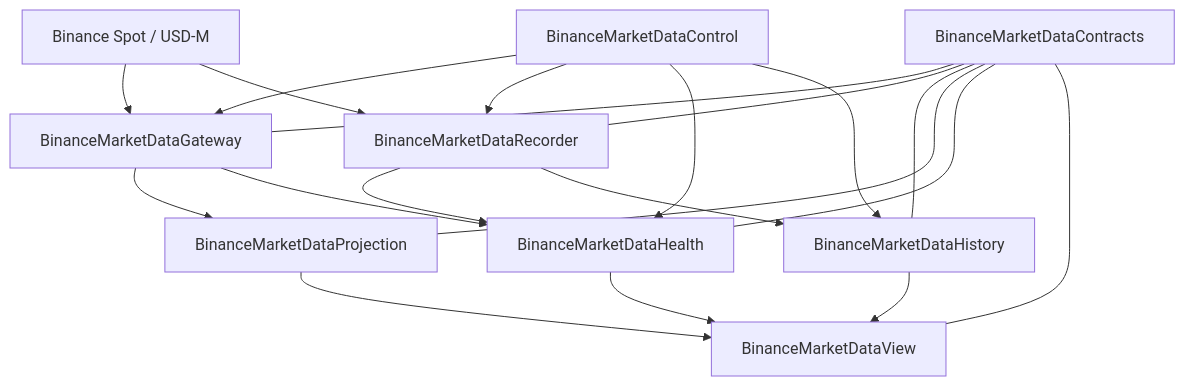
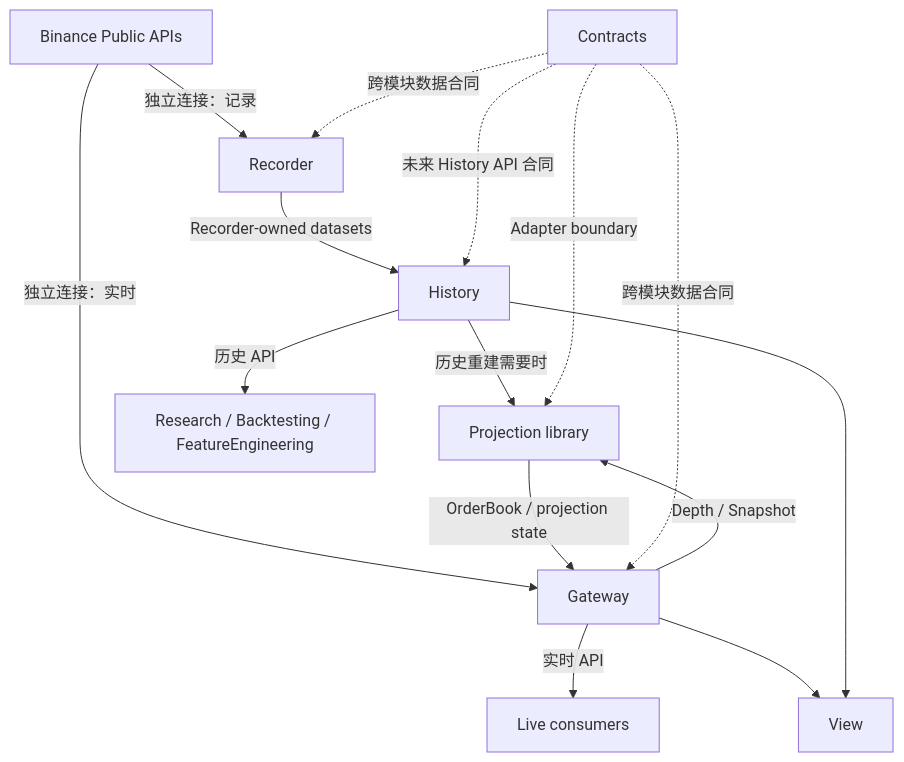
Before and after one commit to tomohikoAmada/BinanceMarketDataContracts: the diagram in BinanceMarketData_Living_Architecture.md, drawn with Mermaid. The commit also changed other lines of this file and 9 other files, not shown here.

First line of the commit message:
docs: refresh BinanceMarketData top-level architecture v0.3 (#19)

````diff
--- a/BinanceMarketData_Living_Architecture.md
+++ b/BinanceMarketData_Living_Architecture.md
@@ -198,26 +62,24 @@
 ```mermaid
 flowchart TB
-    B[Binance Spot / USD-M] --> G[BinanceMarketDataGateway]
-    B --> R[BinanceMarketDataRecorder]
+    B[Binance Public APIs]
 
-    G --> P[BinanceMarketDataProjection]
-    G --> H[BinanceMarketDataHealth]
-    R --> H
+    B -->|独立连接：记录| R[Recorder]
+    B -->|独立连接：实时| G[Gateway]
 
-    R --> HS[BinanceMarketDataHistory]
-    P --> V[BinanceMarketDataView]
-    HS --> V
+    G -->|Depth / Snapshot| P[Projection library]
+    P -->|OrderBook / projection state| G
+
+    R -->|Recorder-owned datasets| H[History]
+    H -->|历史重建需要时| P
+
+    G -->|实时 API| LC[Live consumers]
+    H -->|历史 API| HC[Research / Backtesting / FeatureEngineering]
+
+    G --> V[View]
     H --> V
 
-    C[BinanceMarketDataControl] --> G
-    C --> R
-    C --> H
-    C --> HS
-
-    CT[BinanceMarketDataContracts] --- G
-    CT --- R
-    CT --- HS
-    CT --- P
-    CT --- H
-    CT --- V
+    C[Contracts] -.跨模块数据合同.-> R
+    C -.跨模块数据合同.-> G
+    C -.Adapter boundary.-> P
+    C -.未来 History API 合同.-> H
 ```
````
